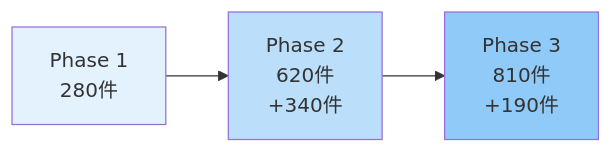
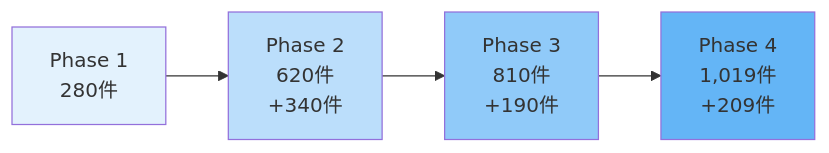
One commit to kumagoro1202/nablarch-mcp-server changed the second of 3 diagrams in docs/articles/13-testing-strategy.md. Above: the diagram before and after it, drawn with Mermaid. The commit also changed other lines of this file and 9 other files, not shown here.

````diff
--- a/docs/articles/13-testing-strategy.md
+++ b/docs/articles/13-testing-strategy.md
@@ -73,9 +73,11 @@
 ```mermaid
 graph LR
     A[Phase 1<br/>280件] --> B[Phase 2<br/>620件<br/>+340件]
     B --> C[Phase 3<br/>810件<br/>+190件]
+    C --> D[Phase 4<br/>1,019件<br/>+209件]
 
     style A fill:#e3f2fd
     style B fill:#bbdefb
     style C fill:#90caf9
+    style D fill:#64b5f6
 ```
````
